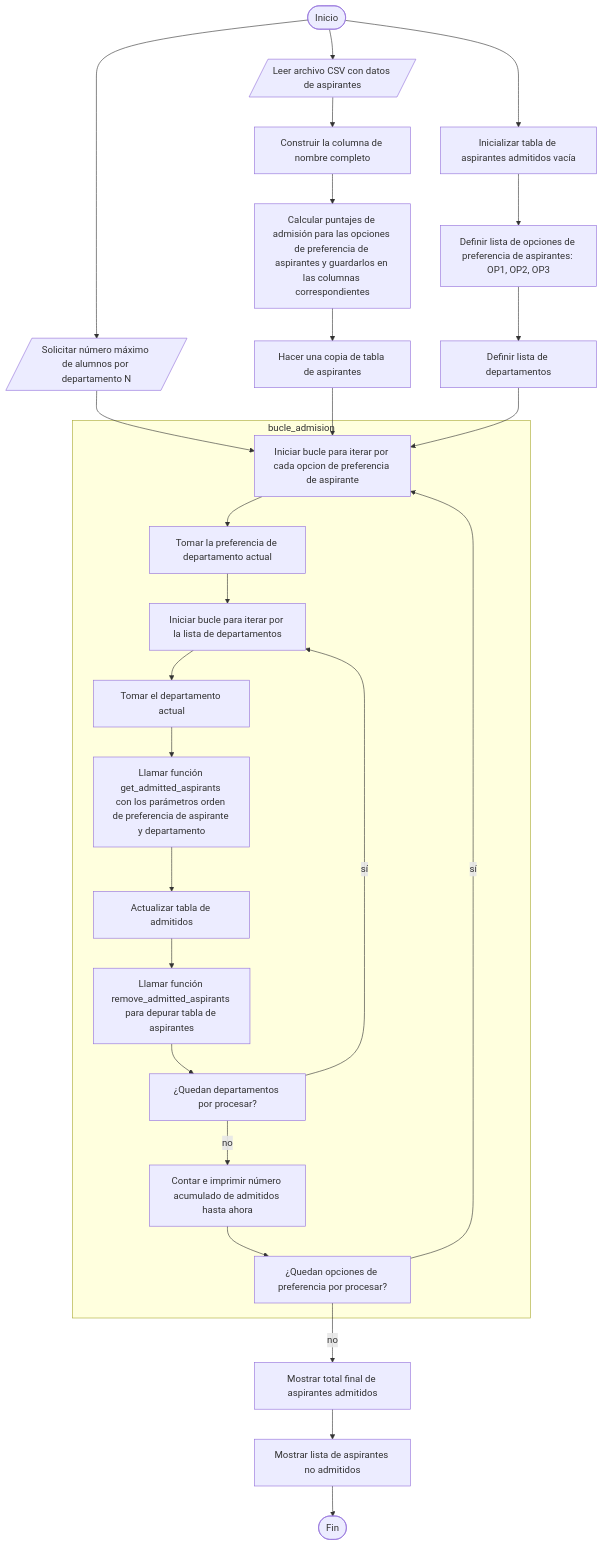
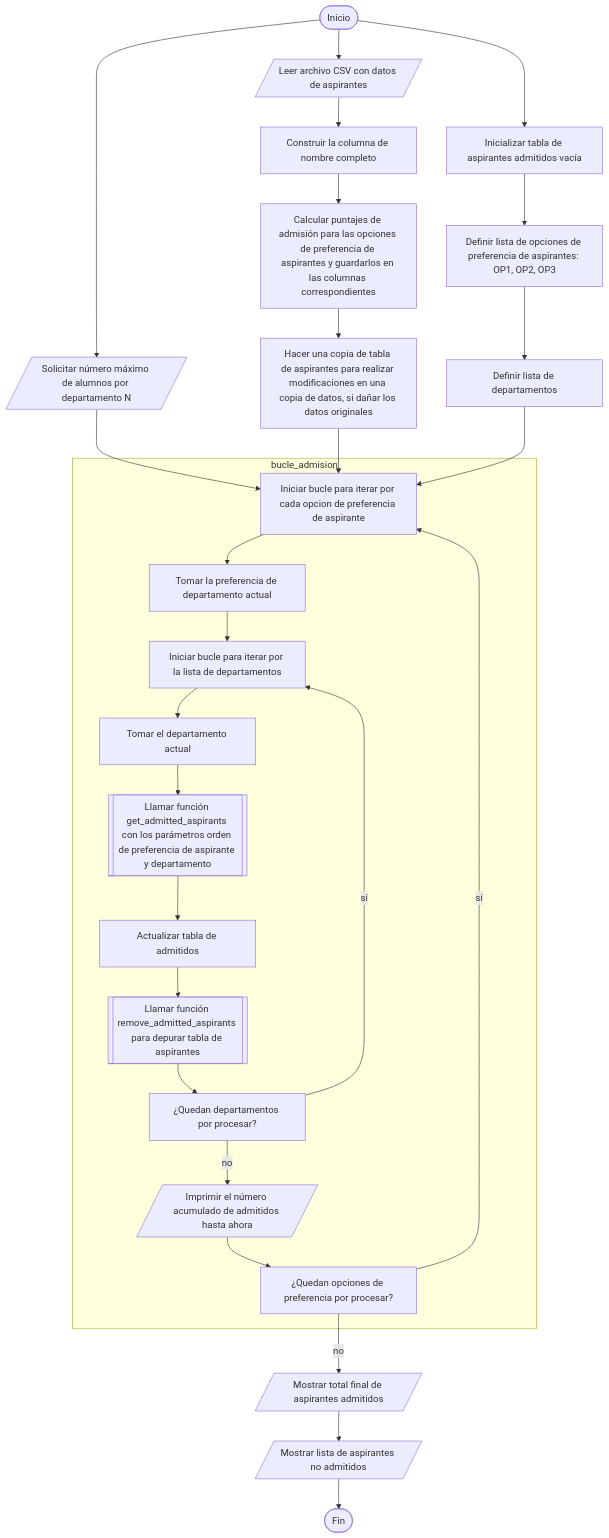
Before and after one commit to vshalisko/PythonIntro: the diagram in Unidad_3/Proyecto_3_algoritmo.mermaid, drawn with Mermaid.

```diff
--- a/Unidad_3/Proyecto_3_algoritmo.mermaid
+++ b/Unidad_3/Proyecto_3_algoritmo.mermaid
@@ -1,29 +1,29 @@
 flowchart TD
 
 A([Inicio]) --> B[/Leer archivo CSV con datos de aspirantes/]
 A --> C[/Solicitar número máximo de alumnos por departamento N/]
 A --> D[Inicializar tabla de aspirantes admitidos vacía]
 B --> B1[Construir la columna de nombre completo]
 B1 --> B2[Calcular puntajes de admisión para las opciones de preferencia de aspirantes y guardarlos en las columnas correspondientes]
-B2 --> E[Hacer una copia de tabla de aspirantes]
+B2 --> E[Hacer una copia de tabla de aspirantes para realizar modificaciones en una copia de datos, si dañar los datos originales]
 D --> F1[Definir lista de opciones de preferencia de aspirantes: OP1, OP2, OP3]
 F1 --> F[Definir lista de departamentos]
 C --> G
 E --> G
 F --> G
 subgraph bucle_admision
 G[Iniciar bucle para iterar por cada opcion de preferencia de aspirante] --> H[Tomar la preferencia de departamento actual]
 H --> I[Iniciar bucle para iterar por la lista de departamentos]
 I --> J[Tomar el departamento actual]
-J --> K[Llamar función get_admitted_aspirants con los parámetros orden de preferencia de aspirante y departamento]
+J --> K[[Llamar función get_admitted_aspirants con los parámetros orden de preferencia de aspirante y departamento]]
 K --> L[Actualizar tabla de admitidos]
-L --> M[Llamar función remove_admitted_aspirants para depurar tabla de aspirantes]
+L --> M[[Llamar función remove_admitted_aspirants para depurar tabla de aspirantes]]
 M --> N[¿Quedan departamentos por procesar?]
 N -- sí --> I
-N -- no --> O[Contar e imprimir número acumulado de admitidos hasta ahora]
+N -- no --> O[/Imprimir el número acumulado de admitidos hasta ahora/]
 O --> P[¿Quedan opciones de preferencia por procesar?]
 P -- sí --> G
 end
-P -- no --> Q[Mostrar total final de aspirantes admitidos]
-Q --> R[Mostrar lista de aspirantes no admitidos]
+P -- no --> Q[/Mostrar total final de aspirantes admitidos/]
+Q --> R[/Mostrar lista de aspirantes no admitidos/]
 R --> S([Fin])
```
